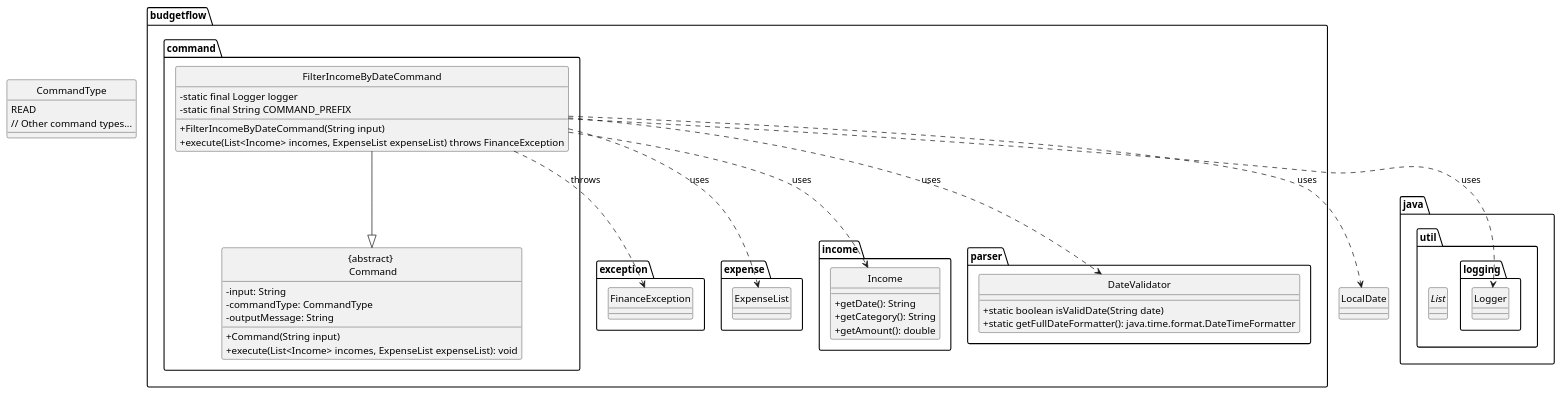
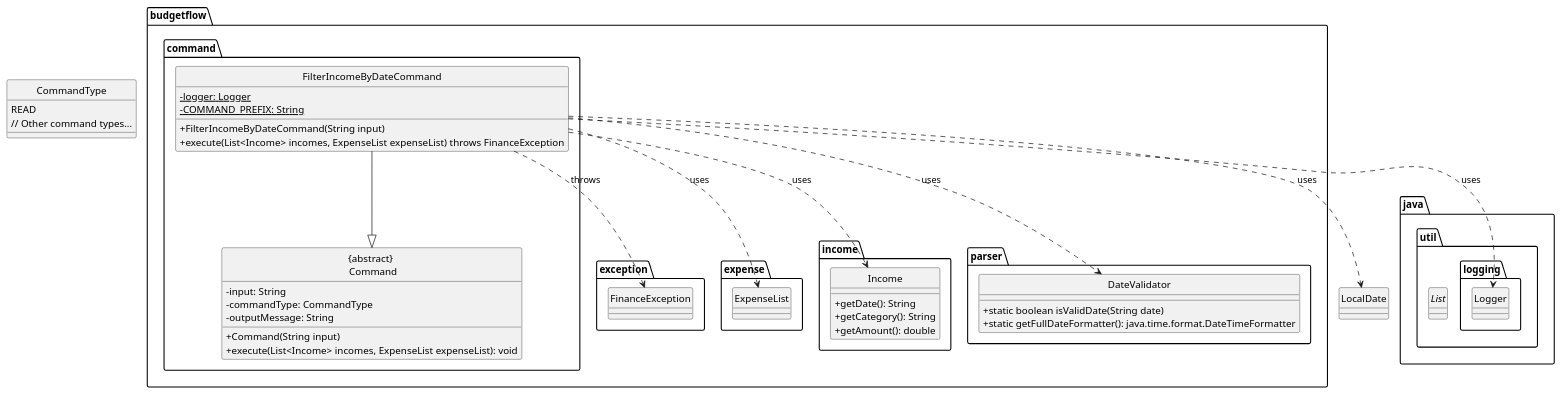
The diagram in docs/diagrams/FilterIncomeByDateCommandClass.puml (thienkimtranhoang/tp), drawn with PlantUML before and after one commit. The commit also changed 5 other files, not shown here.

```diff
--- a/docs/diagrams/FilterIncomeByDateCommandClass.puml
+++ b/docs/diagrams/FilterIncomeByDateCommandClass.puml
@@ -1,66 +1,66 @@
 @startuml
 hide circle
 skinparam classAttributeIconSize 0
 
 package budgetflow.command {
     class "{abstract} \n Command" {
         - input: String
         - commandType: CommandType
         - outputMessage: String
         + Command(String input)
         + execute(List<Income> incomes, ExpenseList expenseList): void
     }
 
     class "FilterIncomeByDateCommand" {
-        - static final Logger logger
-        - static final String COMMAND_PREFIX
+        - {static} logger: Logger
+        - {static} COMMAND_PREFIX: String
         + FilterIncomeByDateCommand(String input)
         + execute(List<Income> incomes, ExpenseList expenseList) throws FinanceException
     }
 
     "FilterIncomeByDateCommand" --|> "{abstract} \n Command"
 }
 
 package budgetflow.exception {
     class "FinanceException"
 }
 
 package budgetflow.expense {
     class ExpenseList
 }
 
 package budgetflow.income {
     class Income {
         + getDate(): String
         + getCategory(): String
         + getAmount(): double
     }
 }
 
 package budgetflow.parser {
     class DateValidator {
         + static boolean isValidDate(String date)
         + static getFullDateFormatter(): java.time.format.DateTimeFormatter
     }
 }
 
 package java.util {
     interface List
 }
 
 package java.util.logging {
     class Logger
 }
 
 enum CommandType {
     READ
     // Other command types...
 }
 
 "FilterIncomeByDateCommand" ..> "FinanceException" : throws
 "FilterIncomeByDateCommand" ..> "Income" : uses
 "FilterIncomeByDateCommand" ..> "ExpenseList" : uses
 "FilterIncomeByDateCommand" ..> "Logger" : uses
 "FilterIncomeByDateCommand" ..> "DateValidator" : uses
 "FilterIncomeByDateCommand" ..> "LocalDate" : uses
 @enduml
```
